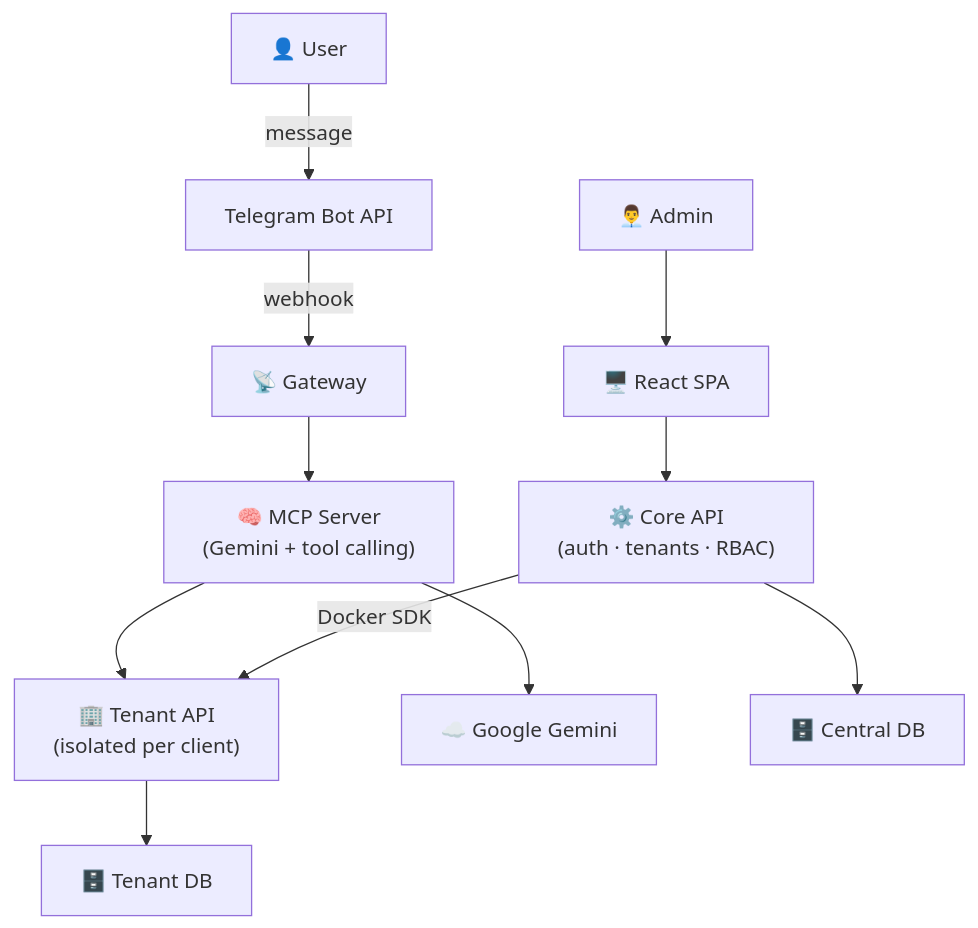
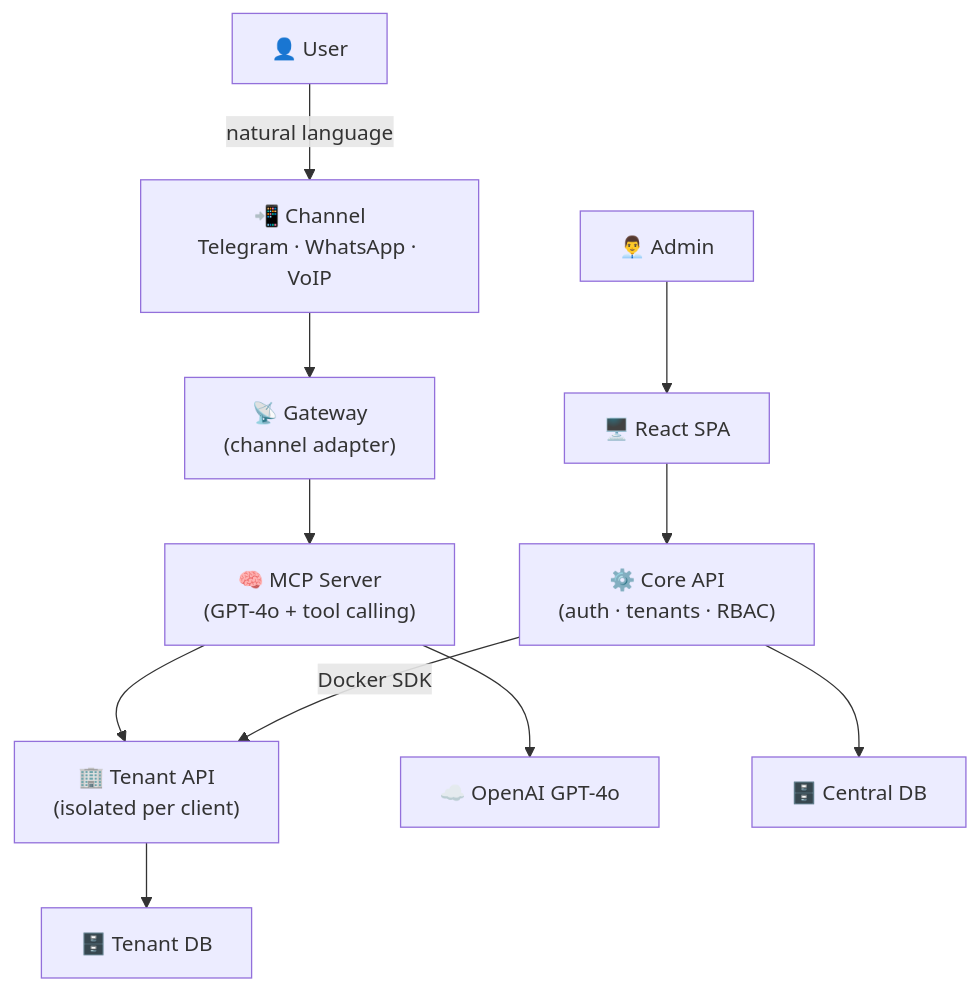
The diagram in README.md (lgomez15/lgomez15), drawn with Mermaid before and after one commit. The commit also changed other lines of this file, not shown here.

````diff
--- a/README.md
+++ b/README.md
@@ -54,14 +54,14 @@
 ```mermaid
 graph TB
-    User["👤 User"] -->|message| TG["Telegram Bot API"]
-    TG -->|webhook| GW["📡 Gateway"]
-    GW --> MCP["🧠 MCP Server\n(Gemini + tool calling)"]
+    User["👤 User"] -->|natural language| CH["📲 Channel\nTelegram · WhatsApp · VoIP"]
+    CH --> GW["📡 Gateway\n(channel adapter)"]
+    GW --> MCP["🧠 MCP Server\n(GPT-4o + tool calling)"]
     MCP --> TenantAPI["🏢 Tenant API\n(isolated per client)"]
     TenantAPI --> TenantDB["🗄️ Tenant DB"]
-    MCP --> Gemini["☁️ Google Gemini"]
+    MCP --> GPT["☁️ OpenAI GPT-4o"]
 
     Admin["👨‍💼 Admin"] --> Frontend["🖥️ React SPA"]
     Frontend --> Core["⚙️ Core API\n(auth · tenants · RBAC)"]
     Core -->|Docker SDK| TenantAPI
     Core --> CoreDB["🗄️ Central DB"]
 ```
````
